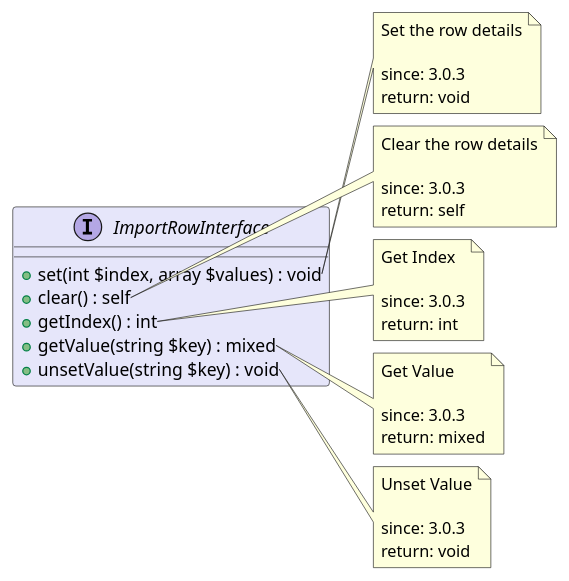
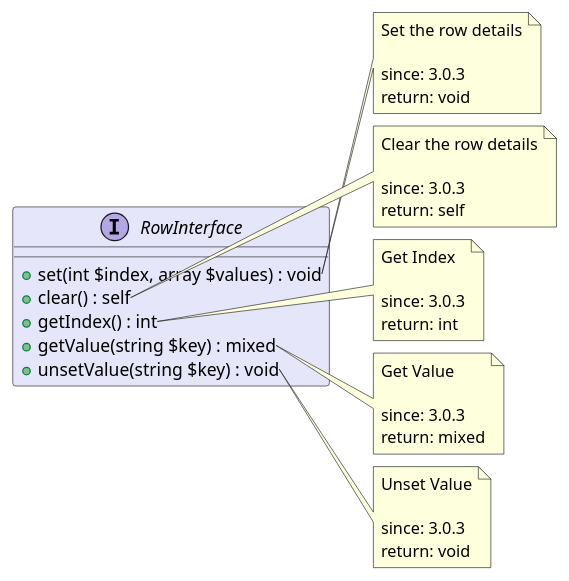
Before and after one commit to joomengine/super-powers: the diagram in src/3d3ec064-9867-41e6-a48a-964c15d753aa/README.md, drawn with PlantUML. The commit also changed other lines of this file and 87 other files, not shown here.

````diff
--- a/src/3d3ec064-9867-41e6-a48a-964c15d753aa/README.md
+++ b/src/3d3ec064-9867-41e6-a48a-964c15d753aa/README.md
@@ -5,48 +5,48 @@
 ```uml
 @startuml
 
-interface ImportRowInterface  #Lavender {
+interface RowInterface  #Lavender {
   + set(int $index, array $values) : void
   + clear() : self
   + getIndex() : int
   + getValue(string $key) : mixed
   + unsetValue(string $key) : void
 }
 
-note right of ImportRowInterface::set
+note right of RowInterface::set
   Set the row details
 
   since: 3.0.3
   return: void
 end note
 
-note right of ImportRowInterface::clear
+note right of RowInterface::clear
   Clear the row details
 
   since: 3.0.3
   return: self
 end note
 
-note right of ImportRowInterface::getIndex
+note right of RowInterface::getIndex
   Get Index
 
   since: 3.0.3
   return: int
 end note
 
-note right of ImportRowInterface::getValue
+note right of RowInterface::getValue
   Get Value
 
   since: 3.0.3
   return: mixed
 end note
 
-note right of ImportRowInterface::unsetValue
+note right of RowInterface::unsetValue
   Unset Value
 
   since: 3.0.3
   return: void
 end note
 
 @enduml
 ```
````
